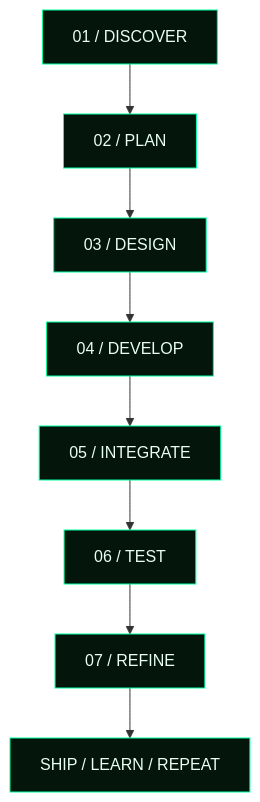
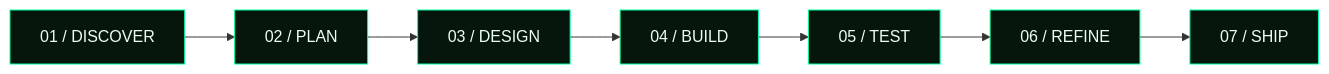
Before and after one commit to Sifathossensuvo/Sifathossensuvo: the diagram in README.md, drawn with Mermaid. The commit also changed other lines of this file, not shown here.

````diff
--- a/README.md
+++ b/README.md
@@ -260,13 +247,12 @@
 ```mermaid
-flowchart TD
+flowchart LR
     A["01 / DISCOVER"] --> B["02 / PLAN"]
     B --> C["03 / DESIGN"]
-    C --> D["04 / DEVELOP"]
-    D --> E["05 / INTEGRATE"]
-    E --> F["06 / TEST"]
-    F --> G["07 / REFINE"]
-    G --> H["SHIP / LEARN / REPEAT"]
+    C --> D["04 / BUILD"]
+    D --> E["05 / TEST"]
+    E --> F["06 / REFINE"]
+    F --> G["07 / SHIP"]
 
-    classDef green fill:#04150B,stroke:#00FF9C,color:#E8FFF1
-    class A,B,C,D,E,F,G,H green
+    classDef node fill:#06160D,stroke:#00FF9C,color:#E8FFF1
+    class A,B,C,D,E,F,G node
 ```
````
